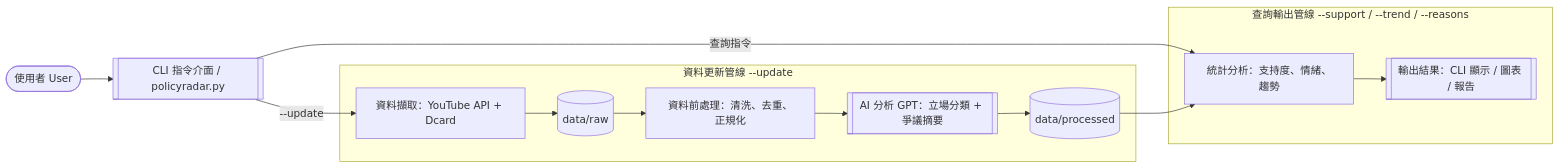
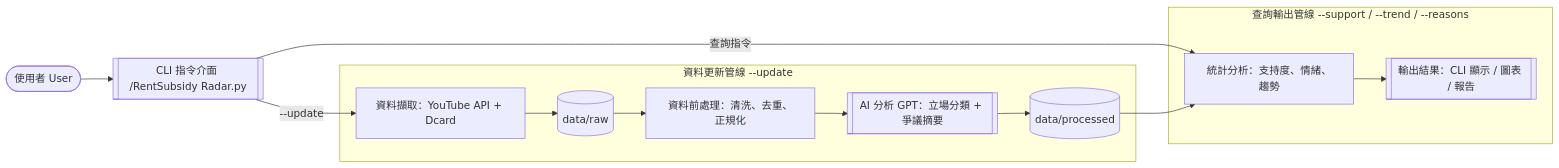
The diagram in instructions.md (dingdingdongdong1357/PolicyRadar), drawn with Mermaid before and after one commit. The commit also changed other lines of this file, not shown here.

````diff
--- a/instructions.md
+++ b/instructions.md
@@ -78,26 +78,26 @@
 ```mermaid
 flowchart LR
-    %% PolicyRadar 系統架構圖（雙流程）
+    %%RentSubsidy Radar 系統架構圖（雙流程）
 
     U([使用者 User])
-    CLI[[CLI 指令介面 / policyradar.py]]
+    CLI[[CLI 指令介面 /RentSubsidy Radar.py]]
 
     subgraph UpdateFlow[資料更新管線 --update]
         F[資料擷取：YouTube API + Dcard]
         RAW[(data/raw)]
         P[資料前處理：清洗、去重、正規化]
         AI[[AI 分析 GPT：立場分類 + 爭議摘要]]
         PROC[(data/processed)]
     end
 
     subgraph QueryFlow[查詢輸出管線 --support / --trend / --reasons]
         M[統計分析：支持度、情緒、趨勢]
         OUT[[輸出結果：CLI 顯示 / 圖表 / 報告]]
     end
 
     U --> CLI
     CLI -->|--update| F --> RAW --> P --> AI --> PROC
     CLI -->|查詢指令| M
     PROC --> M --> OUT
 
 ```
````
